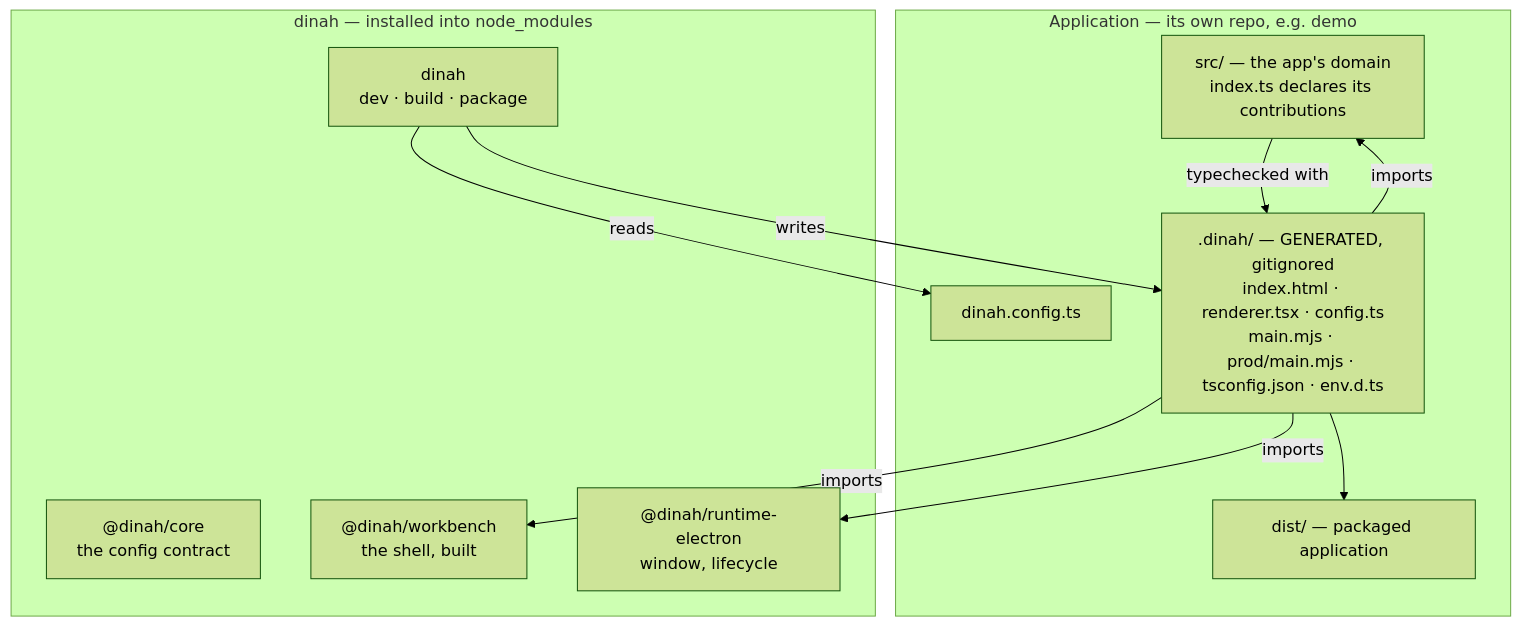
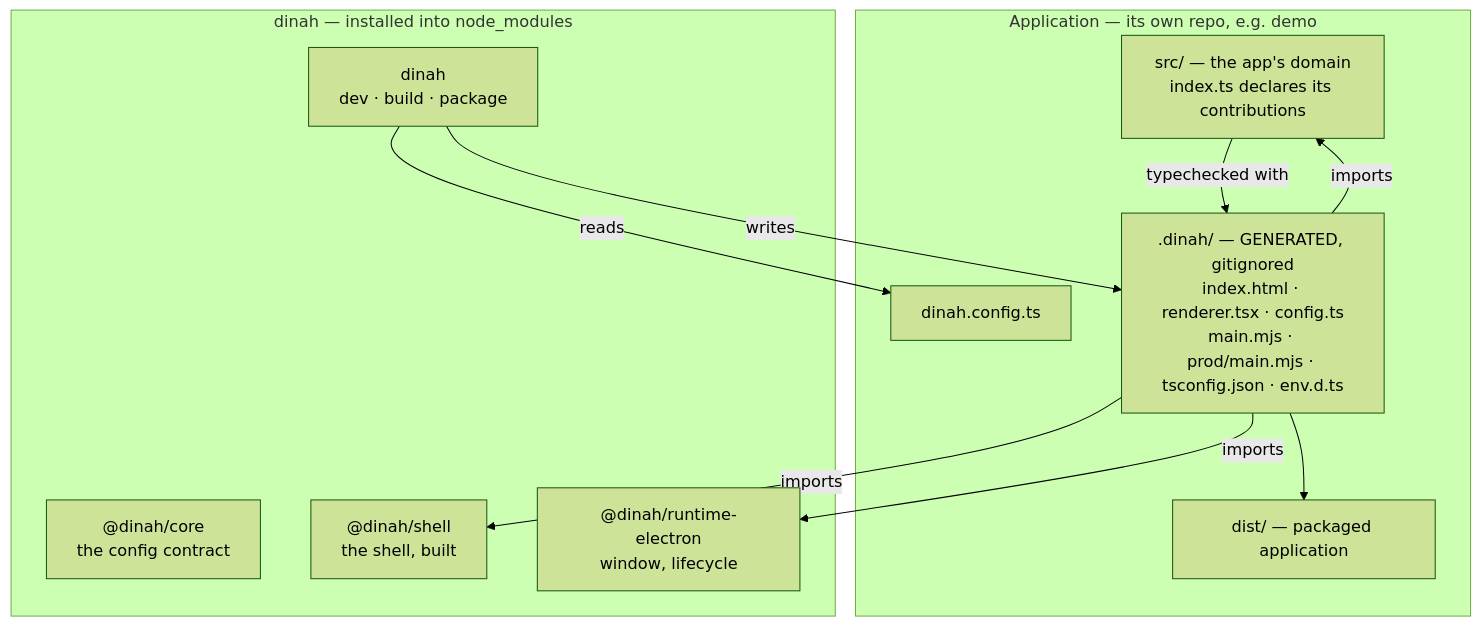
Before and after one commit to meersajidh/cheshire: the second of 4 diagrams in docs/guides/framework-architecture.md, drawn with Mermaid (forest theme). The commit also changed other lines of this file and 21 other files, not shown here.

First line of the commit message:
refactor!: systems vocabulary; @dinah/workbench → @dinah/shell

````diff
--- a/docs/guides/framework-architecture.md
+++ b/docs/guides/framework-architecture.md
@@ -89,22 +98,22 @@
 ```mermaid
 flowchart TD
   subgraph APP["Application — its own repo, e.g. demo"]
     CFG["dinah.config.ts"]
     SRC["src/ — the app's domain<br/>index.ts declares its contributions"]
     GEN[".dinah/ — GENERATED, gitignored<br/>index.html · renderer.tsx · config.ts<br/>main.mjs · prod/main.mjs · tsconfig.json · env.d.ts"]
     OUT["dist/ — packaged application"]
   end
   subgraph FW["dinah — installed into node_modules"]
     CORE["@dinah/core<br/>the config contract"]
-    WB["@dinah/workbench<br/>the shell, built"]
+    WB["@dinah/shell<br/>the shell, built"]
     RT["@dinah/runtime-electron<br/>window, lifecycle"]
     CLI["dinah<br/>dev · build · package"]
   end
   CLI -->|reads| CFG
   CLI -->|writes| GEN
   GEN -->|imports| WB
   GEN -->|imports| RT
   GEN -->|imports| SRC
   SRC -->|typechecked with| GEN
   GEN --> OUT
 ```
````
